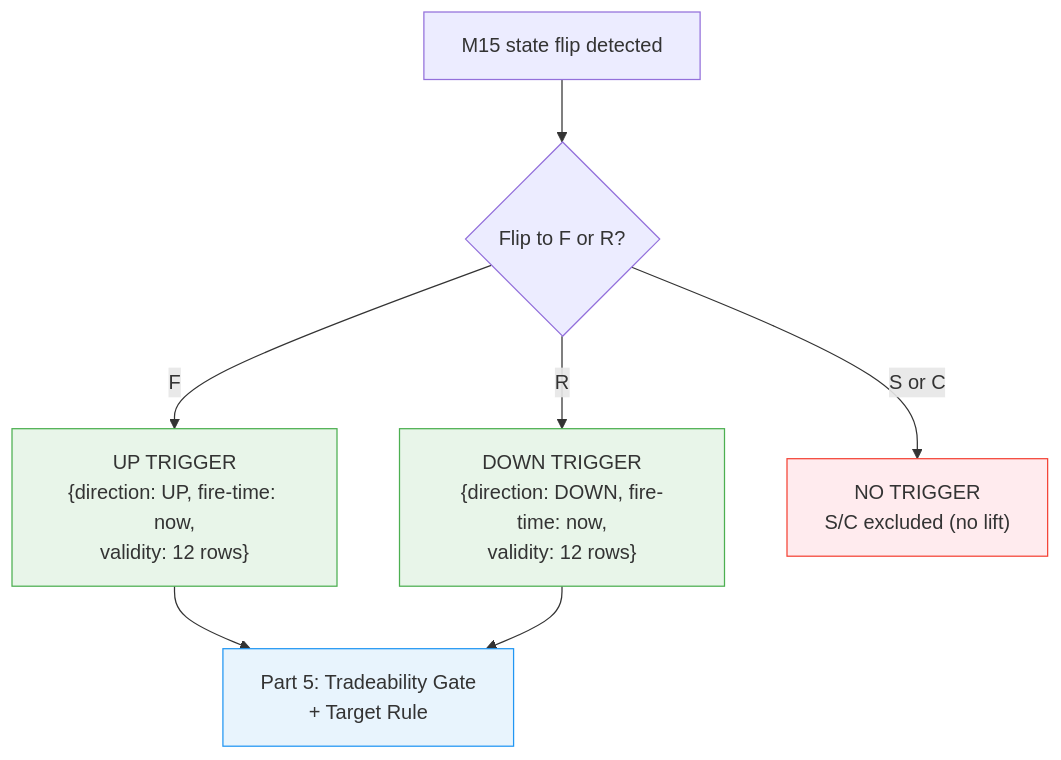
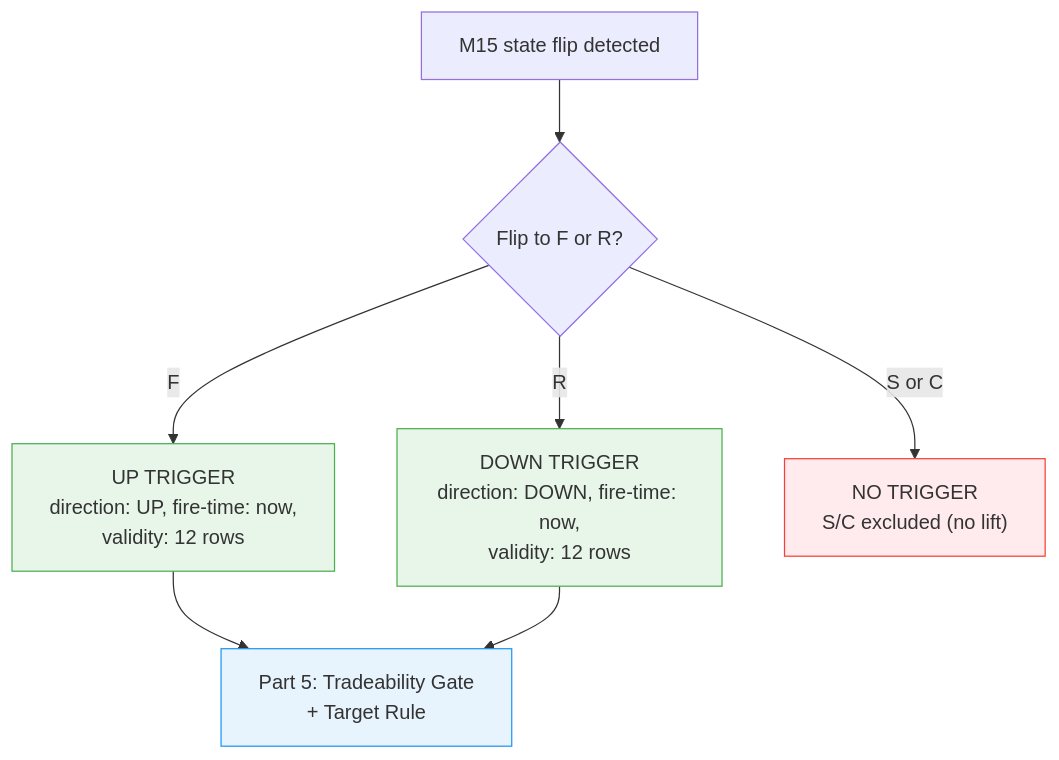
The ninth of 14 diagrams in references/DUALTF_ARCHITECTURE.md (Terrypang89/BB_MTF_M15_STRATEGY), drawn with Mermaid before and after one commit. The commit also changed other lines of this file, not shown here.

First line of the commit message:
DUALTF_ARCHITECTURE: FIX0 mermaid repair + sweep, ADD 1-5 four-layer model

````diff
--- a/references/DUALTF_ARCHITECTURE.md
+++ b/references/DUALTF_ARCHITECTURE.md
@@ -361,19 +466,19 @@
 ```mermaid
 flowchart TD
     A["M15 state flip detected"]
     A --> B{"Flip to F or R?"}
-    B -->|F| C["UP TRIGGER\n{direction: UP, fire-time: now,\nvalidity: 12 rows}"]
-    B -->|R| D["DOWN TRIGGER\n{direction: DOWN, fire-time: now,\nvalidity: 12 rows}"]
-    B -->|S or C| E["NO TRIGGER\nS/C excluded (no lift)"]
+    B -->|F| C["UP TRIGGER<br/>direction: UP, fire-time: now,<br/>validity: 12 rows"]
+    B -->|R| D["DOWN TRIGGER<br/>direction: DOWN, fire-time: now,<br/>validity: 12 rows"]
+    B -->|S or C| E["NO TRIGGER<br/>S/C excluded (no lift)"]
 
-    C --> F["Part 5: Tradeability Gate\n+ Target Rule"]
+    C --> F["Part 5: Tradeability Gate<br/>+ Target Rule"]
     D --> F
 
     classDef trigger fill:#e8f5e9,stroke:#4CAF50
     classDef skip fill:#ffebee,stroke:#f44336
     classDef pass fill:#e8f4fd,stroke:#2196F3
 
     class C,D trigger
     class E skip
     class F pass
 ```
````
